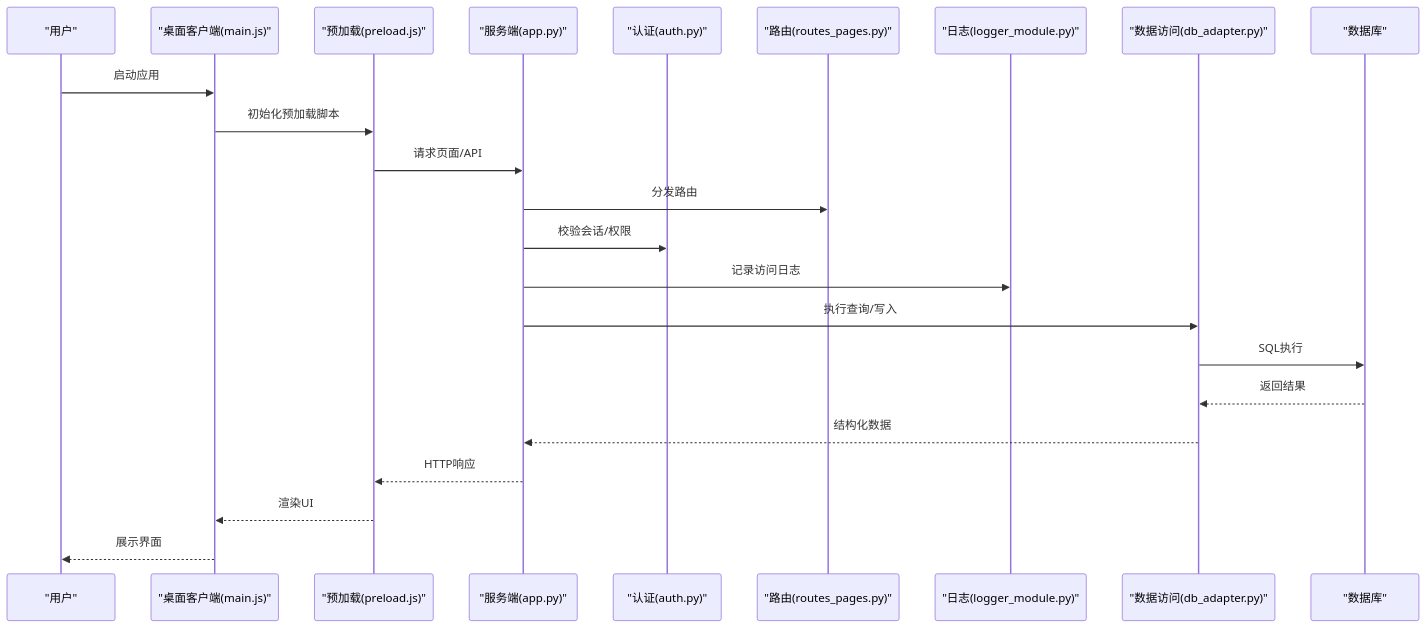
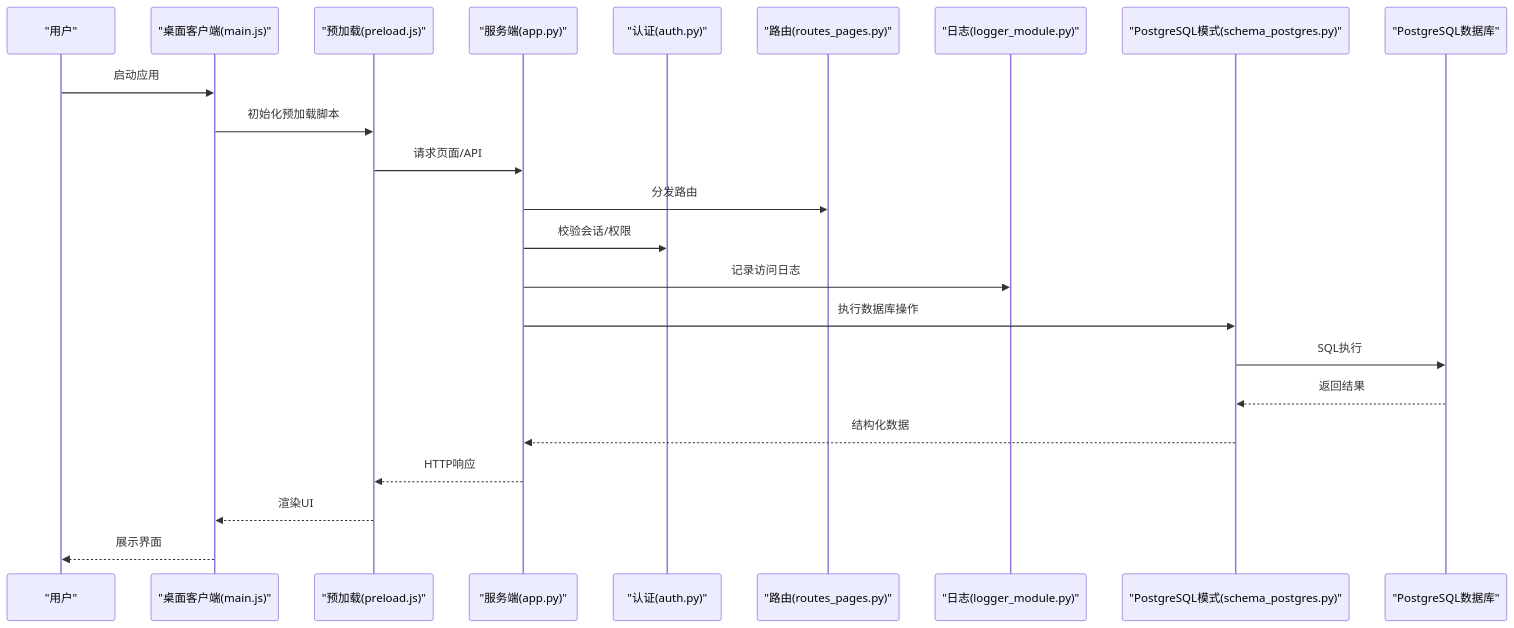
Before and after one commit to abokyoy/LectureLearnLoop: the second of 14 diagrams in .qoder/repowiki/zh/content/部署运维.md, drawn with Mermaid. The commit also changed other lines of this file and 91 other files, not shown here.

````diff
--- a/.qoder/repowiki/zh/content/部署运维.md
+++ b/.qoder/repowiki/zh/content/部署运维.md
@@ -120,25 +103,25 @@
 ```mermaid
 sequenceDiagram
 participant User as "用户"
 participant Desktop as "桌面客户端(main.js)"
 participant Preload as "预加载(preload.js)"
 participant Server as "服务端(app.py)"
 participant Auth as "认证(auth.py)"
 participant Routes as "路由(routes_pages.py)"
 participant Logger as "日志(logger_module.py)"
-participant DAL as "数据访问(db_adapter.py)"
-participant DB as "数据库"
+participant PGSchema as "PostgreSQL模式(schema_postgres.py)"
+participant DB as "PostgreSQL数据库"
 User->>Desktop : 启动应用
 Desktop->>Preload : 初始化预加载脚本
 Preload->>Server : 请求页面/API
 Server->>Routes : 分发路由
 Server->>Auth : 校验会话/权限
 Server->>Logger : 记录访问日志
-Server->>DAL : 执行查询/写入
-DAL->>DB : SQL执行
-DB-->>DAL : 返回结果
-DAL-->>Server : 结构化数据
+Server->>PGSchema : 执行数据库操作
+PGSchema->>DB : SQL执行
+DB-->>PGSchema : 返回结果
+PGSchema-->>Server : 结构化数据
 Server-->>Preload : HTTP响应
 Preload-->>Desktop : 渲染UI
 Desktop-->>User : 展示界面
 ```
````
